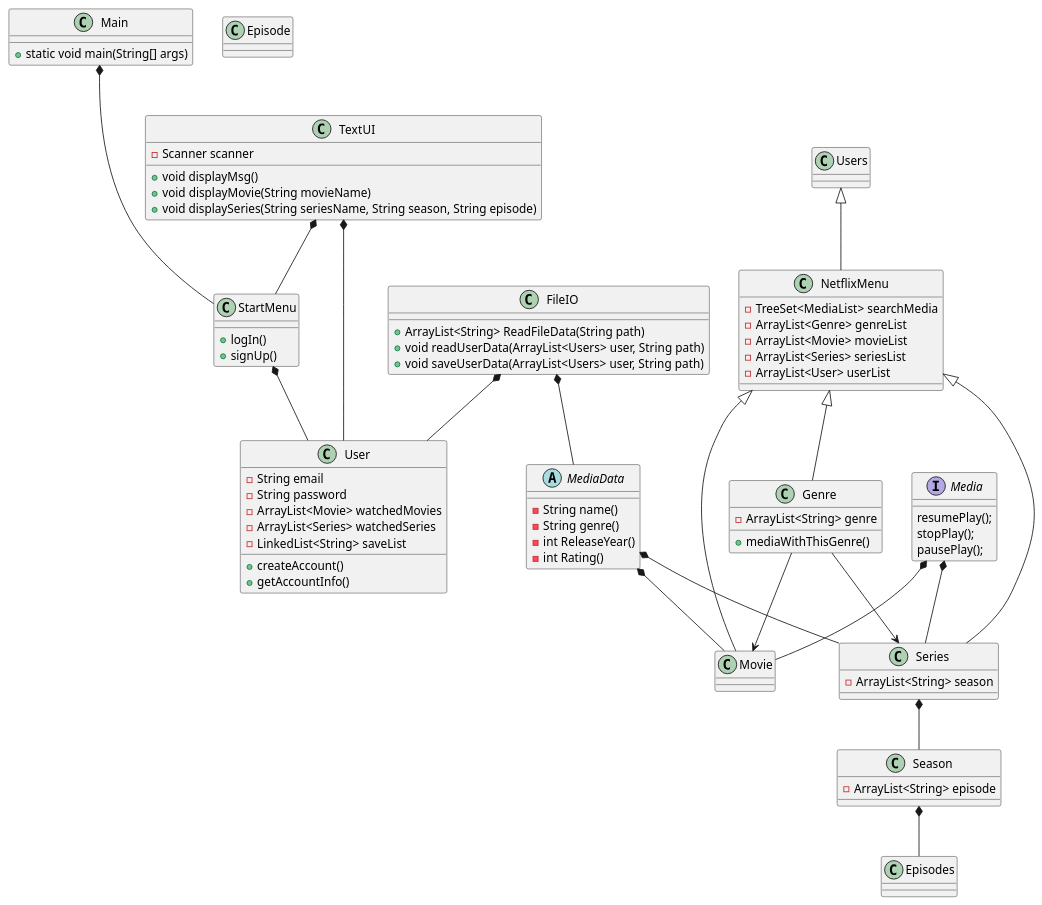
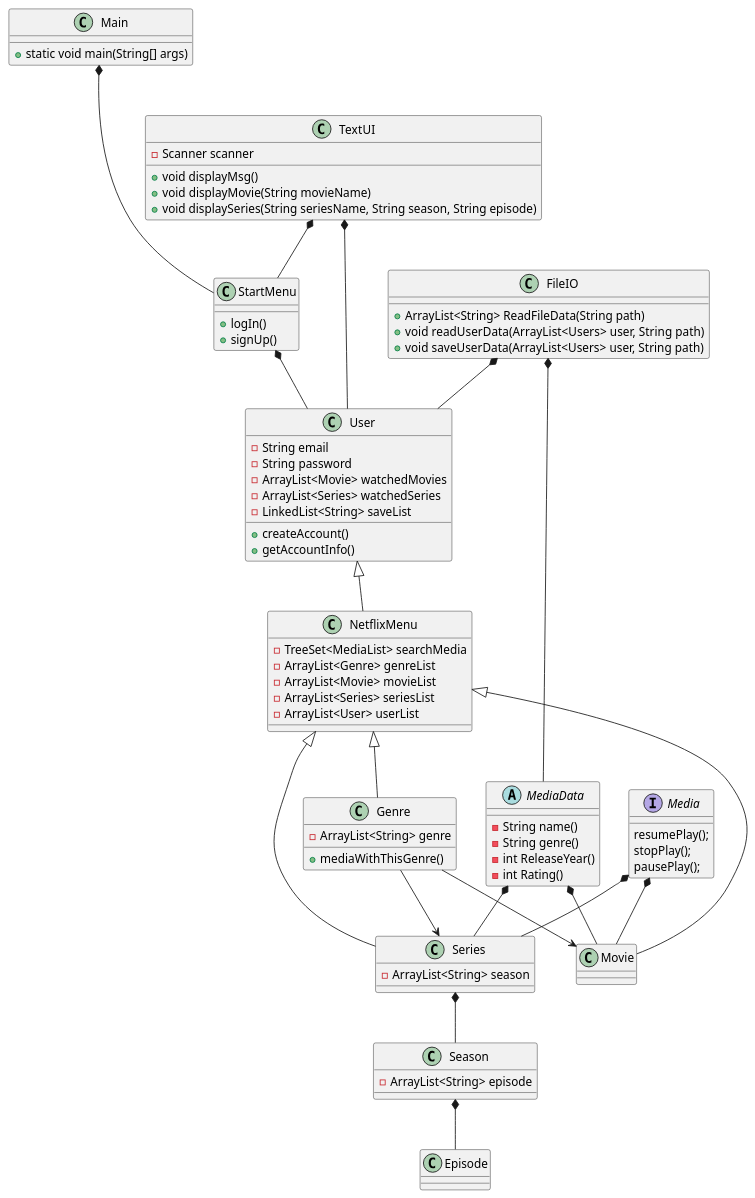
The diagram in Diagrams/SP3.puml (AerrowV/SP3_Netflix), drawn with PlantUML before and after one commit.

Commit message:
zana er en bandit

```diff
--- a/Diagrams/SP3.puml
+++ b/Diagrams/SP3.puml
@@ -1,99 +1,99 @@
 @startuml
 'https://plantuml.com/class-diagram
 
 class Main{
 + static void main(String[] args)
 }
 
 class StartMenu {
 + logIn()
 + signUp()
 }
 
 class User {
 - String email
 - String password
 - ArrayList<Movie> watchedMovies
 - ArrayList<Series> watchedSeries
 - LinkedList<String> saveList
 + createAccount()
 + getAccountInfo()
 }
 
 class FileIO {
 + ArrayList<String> ReadFileData(String path)
 + void readUserData(ArrayList<Users> user, String path)
 + void saveUserData(ArrayList<Users> user, String path)
 }
 
 interface Media {
 resumePlay();
 stopPlay();
 pausePlay();
 
 }
 abstract MediaData{
 - String name()
 - String genre()
 - int ReleaseYear()
 - int Rating()
 
 
 }
 
 class NetflixMenu {
 - TreeSet<MediaList> searchMedia
 - ArrayList<Genre> genreList
 - ArrayList<Movie> movieList
 - ArrayList<Series> seriesList
 - ArrayList<User> userList
 
 }
 
 class Movie {
 }
 
 class Genre {
 - ArrayList<String> genre
 + mediaWithThisGenre()
 }
 
 class Series {
 - ArrayList<String> season
 }
 
 class Season {
 - ArrayList<String> episode
 }
 
 class Episode {
 
 }
 
 class TextUI {
 - Scanner scanner
 + void displayMsg()
 + void displayMovie(String movieName)
 + void displaySeries(String seriesName, String season, String episode)
 }
 
 Main *--- StartMenu
 StartMenu *-- User
-Users <|-- NetflixMenu
+User <|-- NetflixMenu
 NetflixMenu <|-- Movie
 NetflixMenu <|-- Series
 NetflixMenu <|-- Genre
 Genre --> Movie
 Genre --> Series
 Series *-- Season
-Season *-- Episodes
+Season *-- Episode
 Media *-- Movie
 Media *-- Series
 FileIO *-- User
 TextUI *-- User
 TextUI *-- StartMenu
 MediaData *-- Movie
 MediaData *-- Series
 FileIO *-- MediaData
 
 @enduml
```
